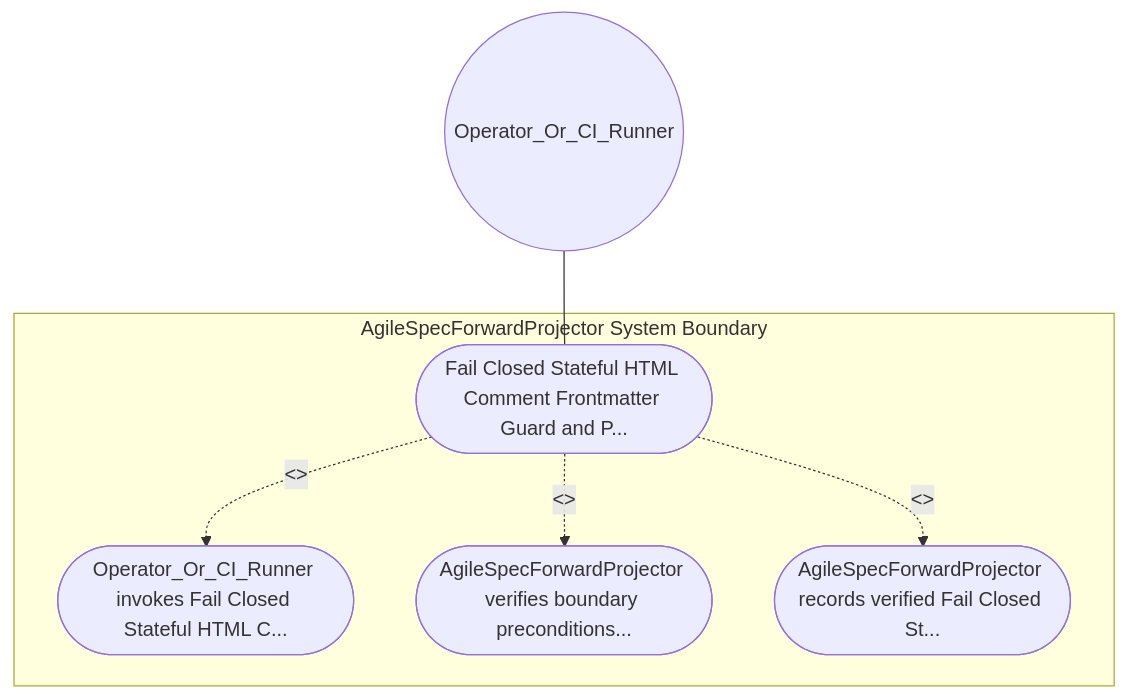
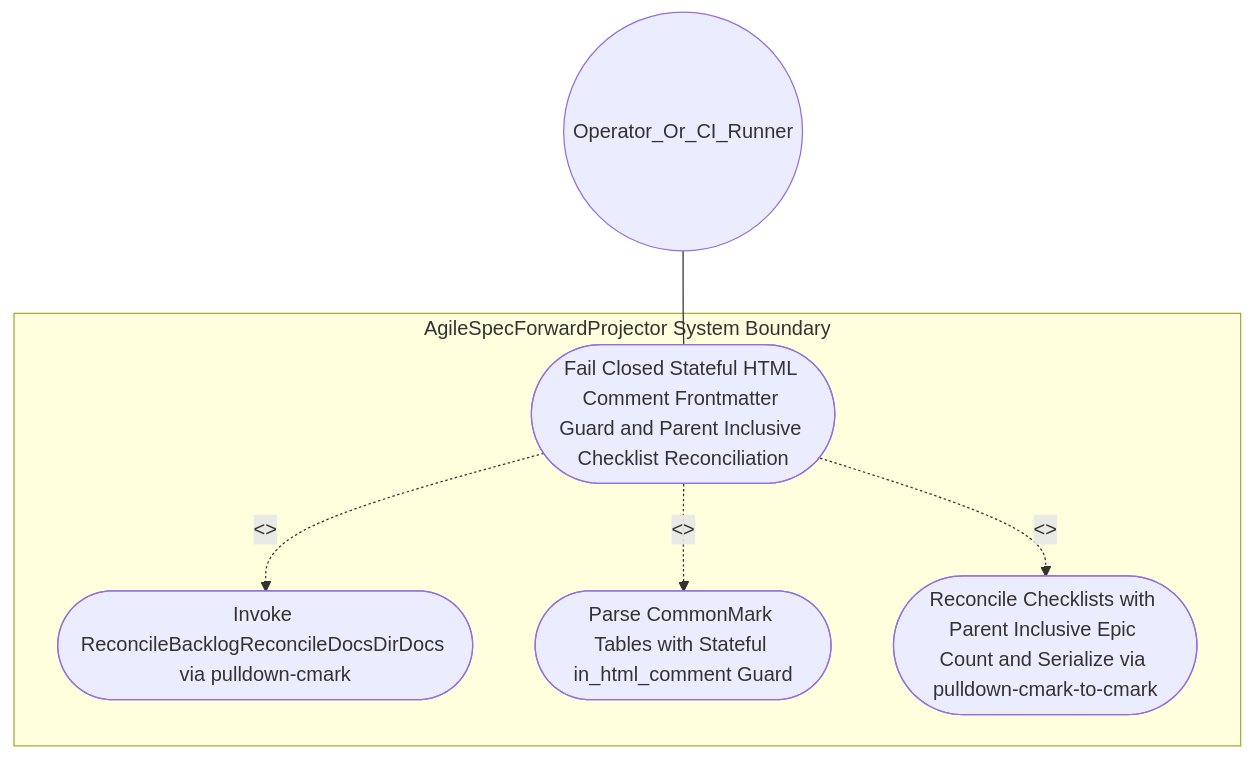
The first of 2 diagrams in .pipeline/upstream/docs/use-cases/UC-19-Fail_Closed_Stateful_HTML_Comment_Frontmatter_Guard_and_Parent_Inclusive_Checklist_Reconciliation.md (gintatkinson/DEAP01-spec-core), drawn with Mermaid before and after one commit. The commit also changed other lines of this file and 225 other files, not shown here.

````diff
--- a/.pipeline/upstream/docs/use-cases/UC-19-Fail_Closed_Stateful_HTML_Comment_Frontmatter_Guard_and_Parent_Inclusive_Checklist_Reconciliation.md
+++ b/.pipeline/upstream/docs/use-cases/UC-19-Fail_Closed_Stateful_HTML_Comment_Frontmatter_Guard_and_Parent_Inclusive_Checklist_Reconciliation.md
@@ -16,13 +18,13 @@
 ```mermaid
 graph TD
     subgraph "AgileSpecForwardProjector System Boundary"
-        UC_Main(["Fail Closed Stateful HTML Comment Frontmatter Guard and P..."])
-        UC_Step01(["Operator_Or_CI_Runner invokes Fail Closed Stateful HTML C..."])
-        UC_Step02(["AgileSpecForwardProjector verifies boundary preconditions..."])
-        UC_Step03(["AgileSpecForwardProjector records verified Fail Closed St..."])
+        UC_Main(["Fail Closed Stateful HTML Comment Frontmatter Guard and Parent Inclusive Checklist Reconciliation"])
+        UC_Step01(["Invoke ReconcileBacklogReconcileDocsDirDocs via pulldown-cmark"])
+        UC_Step02(["Parse CommonMark Tables with Stateful in_html_comment Guard"])
+        UC_Step03(["Reconcile Checklists with Parent Inclusive Epic Count and Serialize via pulldown-cmark-to-cmark"])
     end
     Operator_Or_CI_Runner(("Operator_Or_CI_Runner")) --- UC_Main
     UC_Main -. "<<include>>" .-> UC_Step01
     UC_Main -. "<<include>>" .-> UC_Step02
     UC_Main -. "<<include>>" .-> UC_Step03
 ```
````
